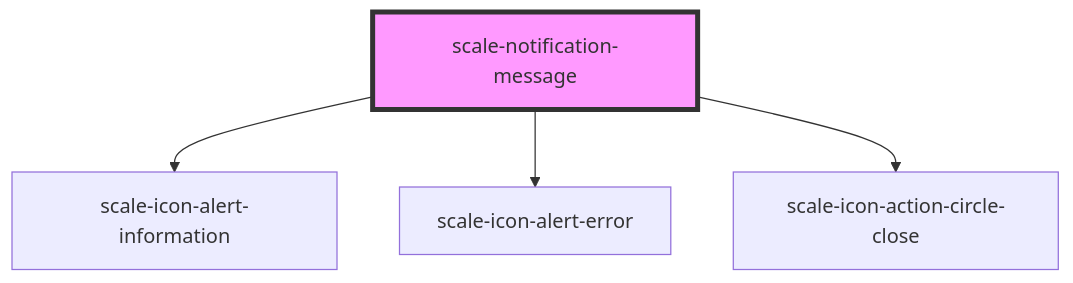
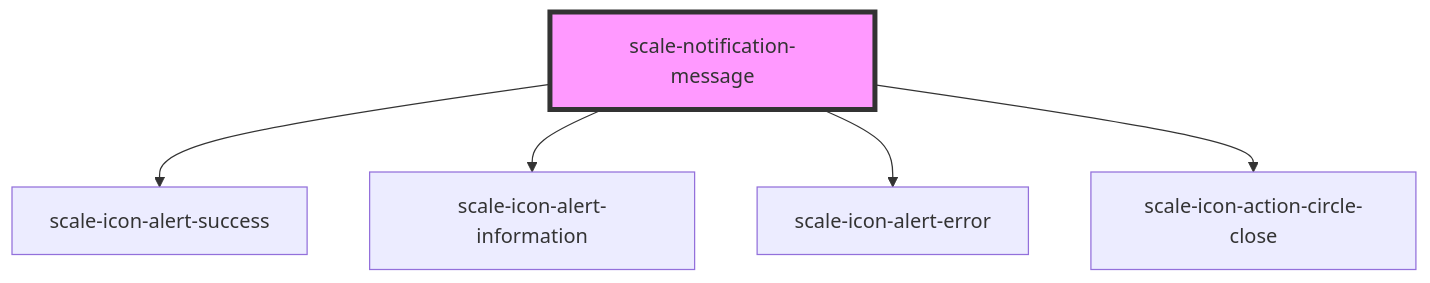
The diagram in packages/components/src/components/notification-message/readme.md (telekom/scale), drawn with Mermaid before and after one commit. The commit also changed other lines of this file, not shown here.

Commit message:
Revert "chore: commit readme (argh)"
This reverts commit 7e1978f351c8034c8fcdf5fd6c1a92509a3cfa60.

````diff
--- a/packages/components/src/components/notification-message/readme.md
+++ b/packages/components/src/components/notification-message/readme.md
@@ -48,7 +49,8 @@
 ```mermaid
 graph TD;
+  scale-notification-message --> scale-icon-alert-success
   scale-notification-message --> scale-icon-alert-information
   scale-notification-message --> scale-icon-alert-error
   scale-notification-message --> scale-icon-action-circle-close
   style scale-notification-message fill:#f9f,stroke:#333,stroke-width:4px
 ```
````
